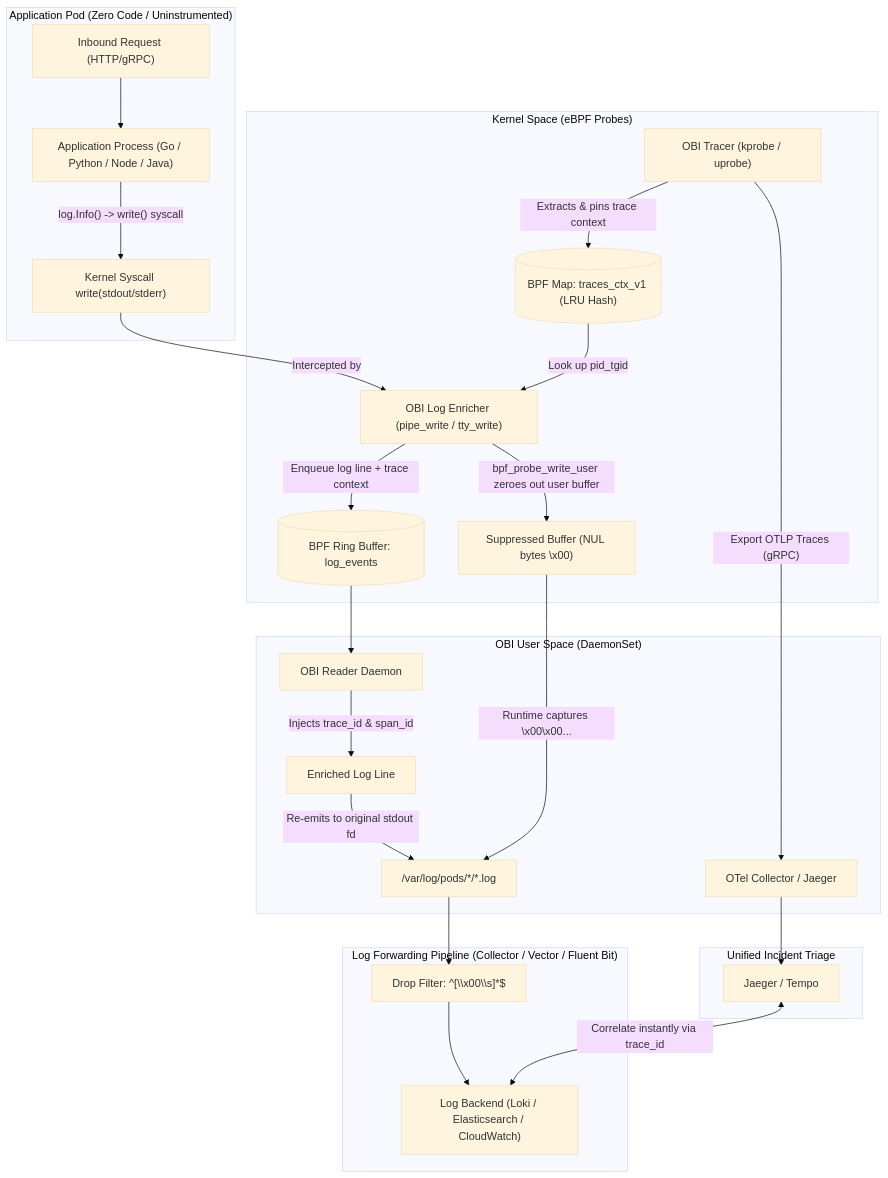
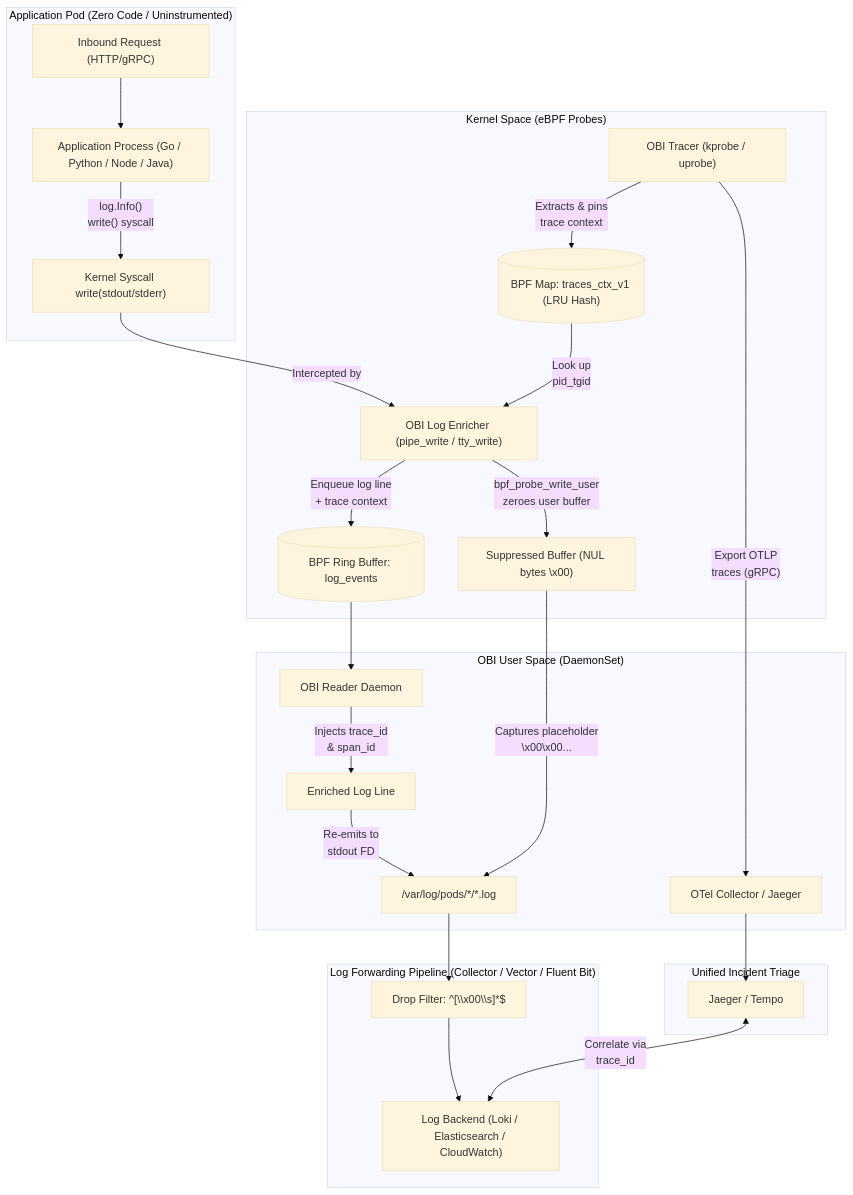
The diagram in README.md (nubenetes/obi-trace-log-correlation), drawn with Mermaid (base theme) before and after one commit. The commit also changed 1 other file, not shown here.

Commit message:
fix(docs): add line breaks to mermaid edge labels to prevent text truncation

````diff
--- a/README.md
+++ b/README.md
@@ -180,33 +180,33 @@
 ```mermaid
 flowchart TD
     subgraph AppNamespace["Application Pod (Zero Code / Uninstrumented)"]
         UserReq["Inbound Request (HTTP/gRPC)"] --> App["Application Process (Go / Python / Node / Java)"]
-        App -->|"log.Info() -> write() syscall"| Syscall["Kernel Syscall write(stdout/stderr)"]
+        App -->|"log.Info()<br/>write() syscall"| Syscall["Kernel Syscall write(stdout/stderr)"]
     end
 
     subgraph KernelSpace["Kernel Space (eBPF Probes)"]
-        Tracer["OBI Tracer (kprobe / uprobe)"] -->|"Extracts & pins trace context"| TraceCtxMap[("BPF Map: traces_ctx_v1 (LRU Hash)")]
+        Tracer["OBI Tracer (kprobe / uprobe)"] -->|"Extracts & pins<br/>trace context"| TraceCtxMap[("BPF Map: traces_ctx_v1 (LRU Hash)")]
         Syscall -->|"Intercepted by"| LogEnricher["OBI Log Enricher (pipe_write / tty_write)"]
-        TraceCtxMap -->|"Look up pid_tgid"| LogEnricher
-        LogEnricher -->|"bpf_probe_write_user zeroes out user buffer"| OrigBuffer["Suppressed Buffer (NUL bytes \x00)"]
-        LogEnricher -->|"Enqueue log line + trace context"| RingBuffer[("BPF Ring Buffer: log_events")]
+        TraceCtxMap -->|"Look up<br/>pid_tgid"| LogEnricher
+        LogEnricher -->|"bpf_probe_write_user<br/>zeroes user buffer"| OrigBuffer["Suppressed Buffer (NUL bytes \x00)"]
+        LogEnricher -->|"Enqueue log line<br/>+ trace context"| RingBuffer[("BPF Ring Buffer: log_events")]
     end
 
     subgraph OBIDaemonSet["OBI User Space (DaemonSet)"]
         RingBuffer --> ReadWorker["OBI Reader Daemon"]
-        ReadWorker -->|"Injects trace_id & span_id"| EnrichedLog["Enriched Log Line"]
-        EnrichedLog -->|"Re-emits to original stdout fd"| ContainerLogFile["/var/log/pods/*/*.log"]
-        Tracer -->|"Export OTLP Traces (gRPC)"| OTelCollector["OTel Collector / Jaeger"]
+        ReadWorker -->|"Injects trace_id<br/>& span_id"| EnrichedLog["Enriched Log Line"]
+        EnrichedLog -->|"Re-emits to<br/>stdout FD"| ContainerLogFile["/var/log/pods/*/*.log"]
+        Tracer -->|"Export OTLP<br/>traces (gRPC)"| OTelCollector["OTel Collector / Jaeger"]
     end
 
     subgraph LogShipping["Log Forwarding Pipeline (Collector / Vector / Fluent Bit)"]
-        OrigBuffer -->|"Runtime captures \x00\x00..."| ContainerLogFile
+        OrigBuffer -->|"Captures placeholder<br/>\x00\x00..."| ContainerLogFile
         ContainerLogFile --> Filter["Drop Filter: ^[\\x00\\s]*$"]
         Filter --> LogStorage["Log Backend (Loki / Elasticsearch / CloudWatch)"]
     end
 
     subgraph ObservabilityUI["Unified Incident Triage"]
         OTelCollector --> TracesBackend["Jaeger / Tempo"]
-        TracesBackend <-->|"Correlate instantly via trace_id"| LogStorage
+        TracesBackend <-->|"Correlate via<br/>trace_id"| LogStorage
     end
 ```
````
